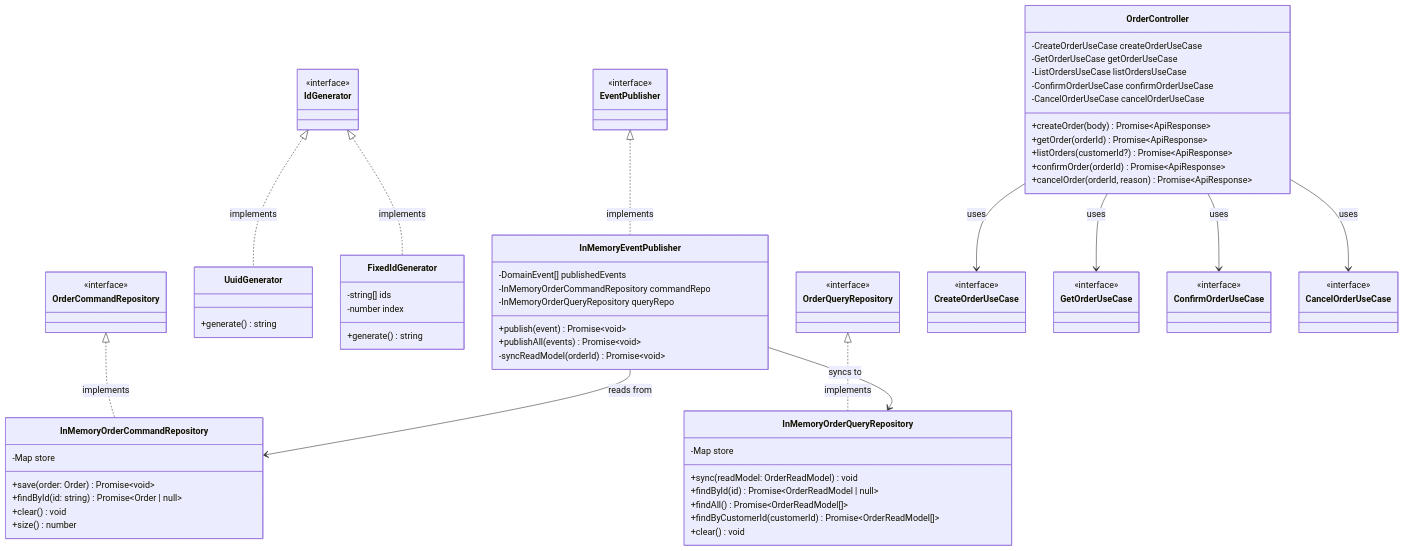
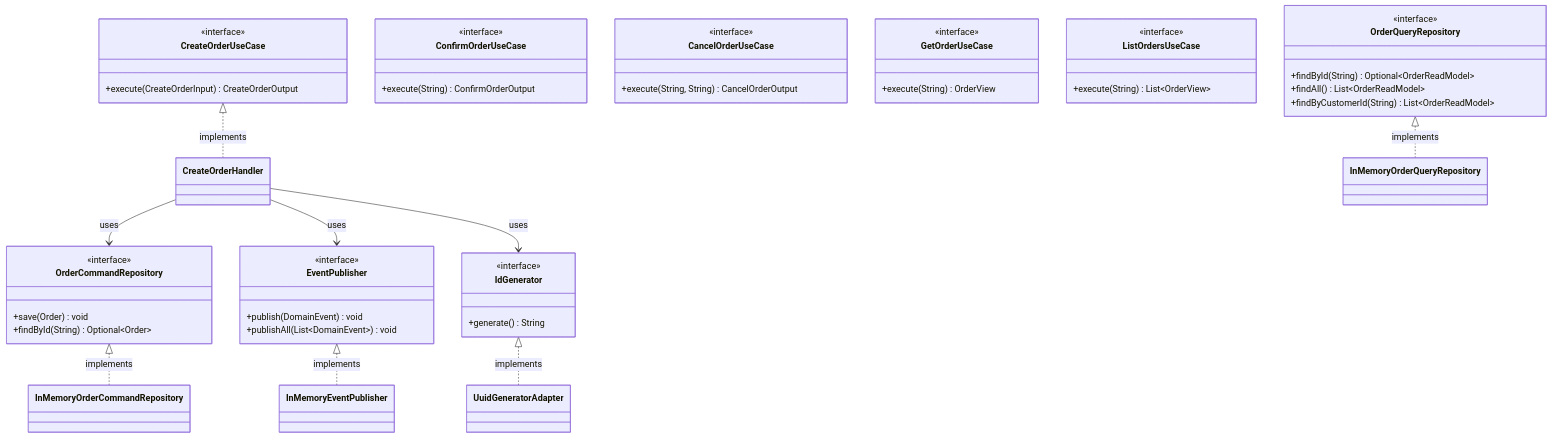
One commit to ChunPingWang/solid-hexagonal-cqrs-tutorial changed the fourth of 14 diagrams in README.md. Above: the diagram before and after it, drawn with Mermaid. The commit also changed other lines of this file and 89 other files, not shown here.

````diff
--- a/README.md
+++ b/README.md
@@ -423,97 +255,60 @@
 ```mermaid
 classDiagram
-    class OrderController {
-        -CreateOrderUseCase createOrderUseCase
-        -GetOrderUseCase getOrderUseCase
-        -ListOrdersUseCase listOrdersUseCase
-        -ConfirmOrderUseCase confirmOrderUseCase
-        -CancelOrderUseCase cancelOrderUseCase
-        +createOrder(body) Promise~ApiResponse~
-        +getOrder(orderId) Promise~ApiResponse~
-        +listOrders(customerId?) Promise~ApiResponse~
-        +confirmOrder(orderId) Promise~ApiResponse~
-        +cancelOrder(orderId, reason) Promise~ApiResponse~
+    class CreateOrderUseCase {
+        <<interface>>
+        +execute(CreateOrderInput) CreateOrderOutput
     }
-
-    class InMemoryOrderCommandRepository {
-        -Map store
-        +save(order: Order) Promise~void~
-        +findById(id: string) Promise~Order | null~
-        +clear() void
-        +size() number
+    class ConfirmOrderUseCase {
+        <<interface>>
+        +execute(String) ConfirmOrderOutput
     }
-
-    class InMemoryOrderQueryRepository {
-        -Map store
-        +sync(readModel: OrderReadModel) void
-        +findById(id) Promise~OrderReadModel | null~
-        +findAll() Promise~OrderReadModel[]~
-        +findByCustomerId(customerId) Promise~OrderReadModel[]~
-        +clear() void
+    class CancelOrderUseCase {
+        <<interface>>
+        +execute(String, String) CancelOrderOutput
     }
-
-    class InMemoryEventPublisher {
-        -DomainEvent[] publishedEvents
-        -InMemoryOrderCommandRepository commandRepo
-        -InMemoryOrderQueryRepository queryRepo
-        +publish(event) Promise~void~
-        +publishAll(events) Promise~void~
-        -syncReadModel(orderId) Promise~void~
+    class GetOrderUseCase {
+        <<interface>>
+        +execute(String) OrderView
     }
-
-    class UuidGenerator {
-        +generate() string
-    }
-
-    class FixedIdGenerator {
-        -string[] ids
-        -number index
-        +generate() string
+    class ListOrdersUseCase {
+        <<interface>>
+        +execute(String) List~OrderView~
     }
 
     class OrderCommandRepository {
         <<interface>>
+        +save(Order) void
+        +findById(String) Optional~Order~
+    }
+    class OrderQueryRepository {
+        <<interface>>
+        +findById(String) Optional~OrderReadModel~
+        +findAll() List~OrderReadModel~
+        +findByCustomerId(String) List~OrderReadModel~
+    }
+    class EventPublisher {
+        <<interface>>
+        +publish(DomainEvent) void
+        +publishAll(List~DomainEvent~) void
+    }
+    class IdGenerator {
+        <<interface>>
+        +generate() String
     }
 
-    class OrderQueryRepository {
-        <<interface>>
-    }
+    class CreateOrderHandler
+    class InMemoryOrderCommandRepository
+    class InMemoryOrderQueryRepository
+    class InMemoryEventPublisher
+    class UuidGeneratorAdapter
 
-    class EventPublisher {
-        <<interface>>
-    }
-
-    class IdGenerator {
-        <<interface>>
-    }
-
+    CreateOrderUseCase <|.. CreateOrderHandler : implements
     OrderCommandRepository <|.. InMemoryOrderCommandRepository : implements
     OrderQueryRepository <|.. InMemoryOrderQueryRepository : implements
     EventPublisher <|.. InMemoryEventPublisher : implements
-    IdGenerator <|.. UuidGenerator : implements
-    IdGenerator <|.. FixedIdGenerator : implements
+    IdGenerator <|.. UuidGeneratorAdapter : implements
 
-    InMemoryEventPublisher --> InMemoryOrderCommandRepository : reads from
-    InMemoryEventPublisher --> InMemoryOrderQueryRepository : syncs to
-
-    OrderController --> CreateOrderUseCase : uses
-    OrderController --> GetOrderUseCase : uses
-    OrderController --> ConfirmOrderUseCase : uses
-    OrderController --> CancelOrderUseCase : uses
-
-    class CreateOrderUseCase {
-        <<interface>>
-    }
-
-    class GetOrderUseCase {
-        <<interface>>
-    }
-
-    class ConfirmOrderUseCase {
-        <<interface>>
-    }
-
-    class CancelOrderUseCase {
-        <<interface>>
-    }
+    CreateOrderHandler --> OrderCommandRepository : uses
+    CreateOrderHandler --> EventPublisher : uses
+    CreateOrderHandler --> IdGenerator : uses
 ```
````
